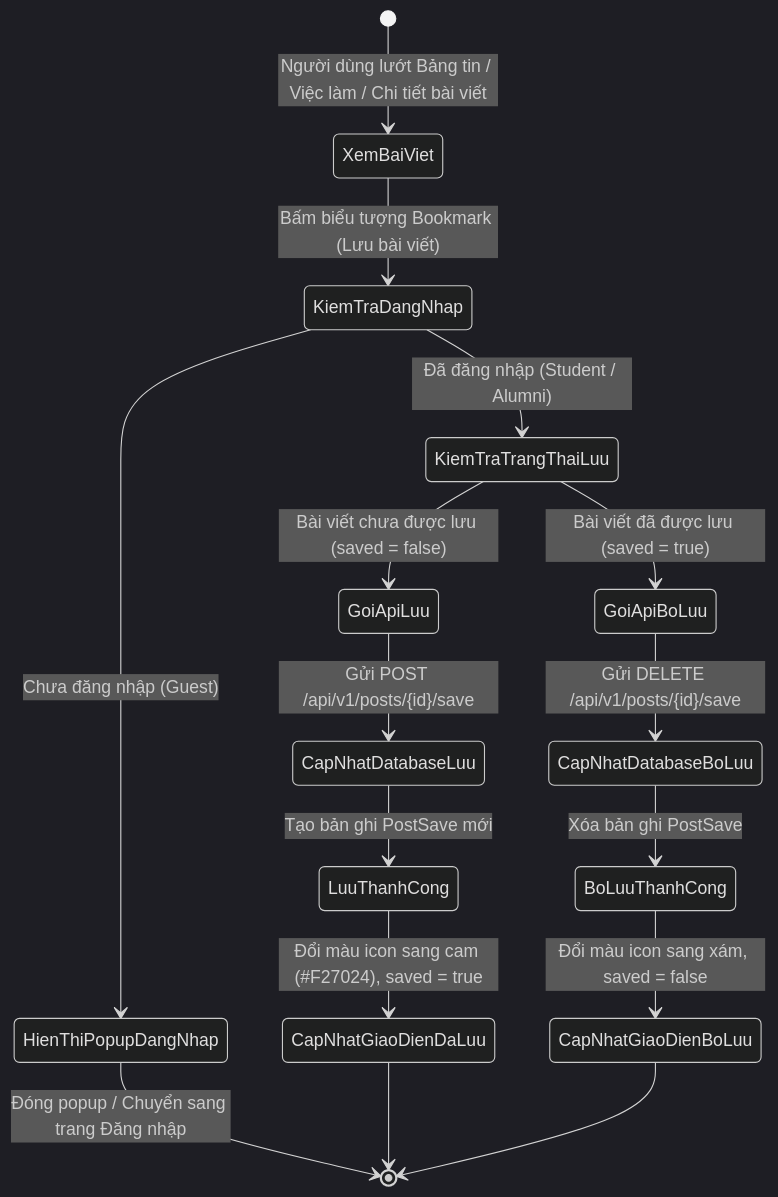
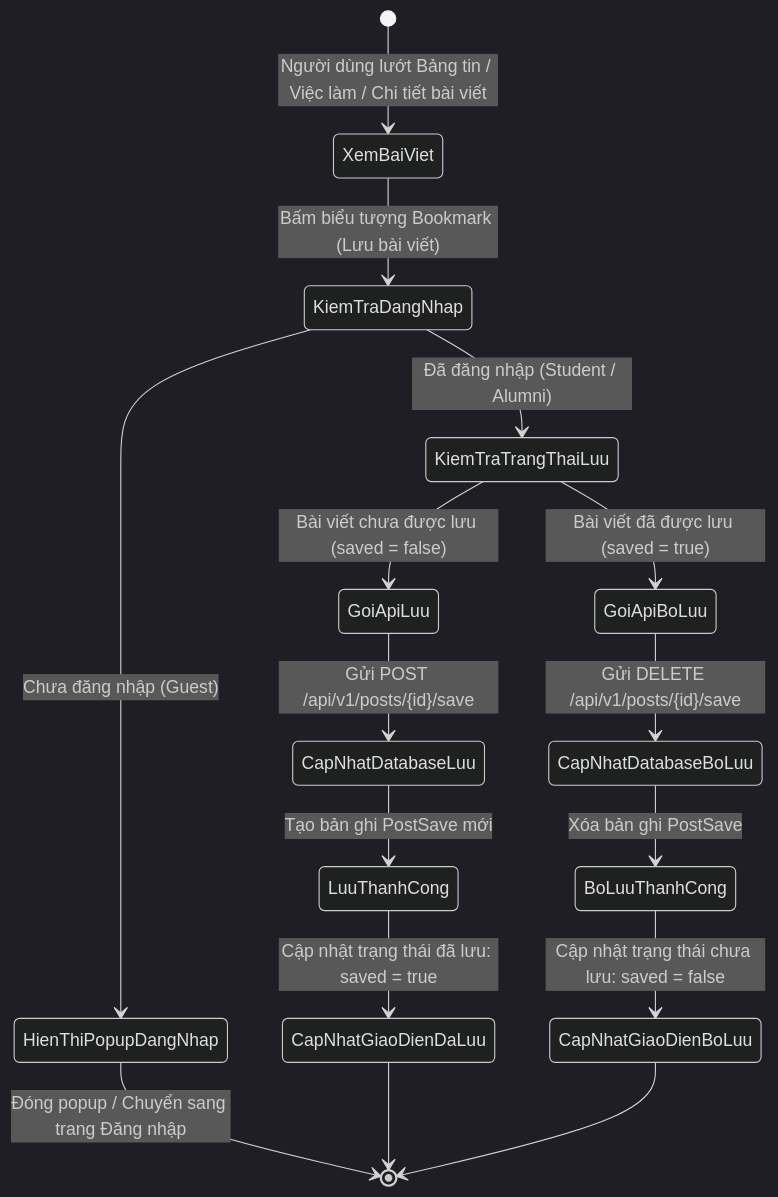
The first of 3 diagrams in docs/update_SRS/SRS_UC_36_SavePost.md (Alumnect/Alumnect), drawn with Mermaid (dark theme) before and after one commit. The commit also changed other lines of this file and 75 other files, not shown here.

````diff
--- a/docs/update_SRS/SRS_UC_36_SavePost.md
+++ b/docs/update_SRS/SRS_UC_36_SavePost.md
@@ -7,25 +7,25 @@
 ```mermaid
 stateDiagram-v2
     [*] --> XemBaiViet: Người dùng lướt Bảng tin / Việc làm / Chi tiết bài viết
     XemBaiViet --> KiemTraDangNhap: Bấm biểu tượng Bookmark (Lưu bài viết)
     
     state KiemTraDangNhap <<choice>>
     KiemTraDangNhap --> HienThiPopupDangNhap: Chưa đăng nhập (Guest)
     HienThiPopupDangNhap --> [*]: Đóng popup / Chuyển sang trang Đăng nhập
     
     KiemTraDangNhap --> KiemTraTrangThaiLuu: Đã đăng nhập (Student / Alumni)
     
     state KiemTraTrangThaiLuu <<choice>>
     KiemTraTrangThaiLuu --> GoiApiLuu: Bài viết chưa được lưu (saved = false)
     KiemTraTrangThaiLuu --> GoiApiBoLuu: Bài viết đã được lưu (saved = true)
     
     GoiApiLuu --> CapNhatDatabaseLuu: Gửi POST /api/v1/posts/{id}/save
     CapNhatDatabaseLuu --> LuuThanhCong: Tạo bản ghi PostSave mới
-    LuuThanhCong --> CapNhatGiaoDienDaLuu: Đổi màu icon sang cam (#F27024), saved = true
+    LuuThanhCong --> CapNhatGiaoDienDaLuu: Cập nhật trạng thái đã lưu: saved = true
     CapNhatGiaoDienDaLuu --> [*]
     
     GoiApiBoLuu --> CapNhatDatabaseBoLuu: Gửi DELETE /api/v1/posts/{id}/save
     CapNhatDatabaseBoLuu --> BoLuuThanhCong: Xóa bản ghi PostSave
-    BoLuuThanhCong --> CapNhatGiaoDienBoLuu: Đổi màu icon sang xám, saved = false
+    BoLuuThanhCong --> CapNhatGiaoDienBoLuu: Cập nhật trạng thái chưa lưu: saved = false
     CapNhatGiaoDienBoLuu --> [*]
 ```
````
